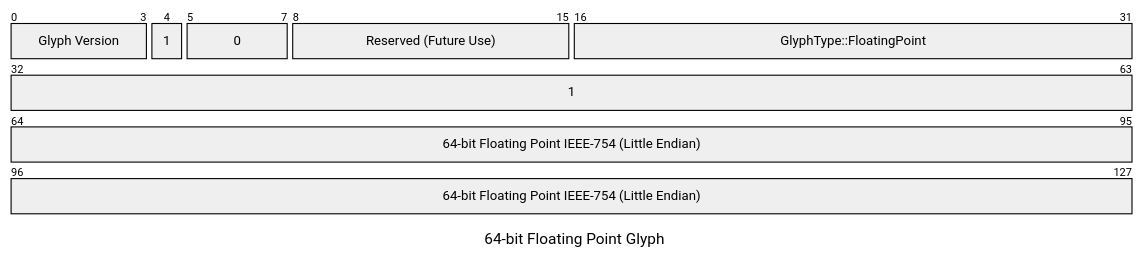
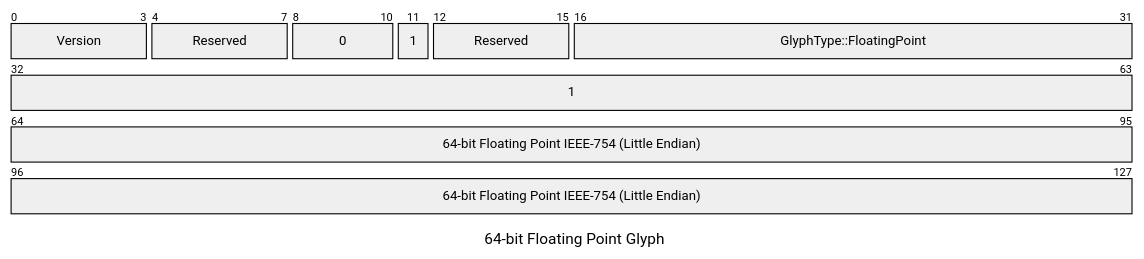
Before and after one commit to elara-themica/glifs-contributor-guide: the seventh of 15 diagrams in src/binary_formats.md, drawn with Mermaid. The commit also changed other lines of this file, not shown here.

````diff
--- a/src/binary_formats.md
+++ b/src/binary_formats.md
@@ -156,13 +181,14 @@
 ```mermaid
 ---
 title: "64-bit Floating Point Glyph"
 ---
 packet-beta
-0-3: "Glyph Version"
-4: "1"
-5-7: "0"
-8-15: "Reserved (Future Use)"
+0-3: "Version"
+4-7: "Reserved"
+8-10: "0"
+11: "1"
+12-15: "Reserved"
 16-31: "GlyphType::FloatingPoint"
 32-63: "1"
 64-127: "64-bit Floating Point IEEE-754 (Little Endian)"
 ```
````
